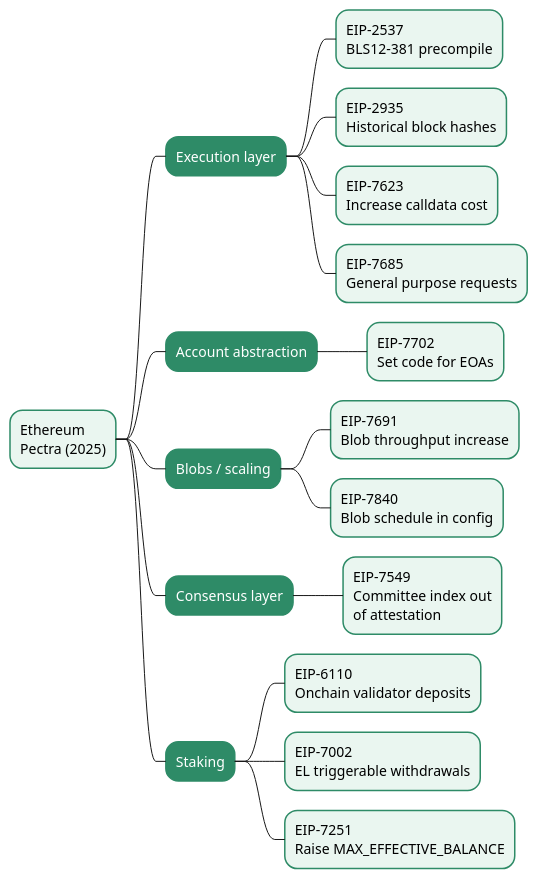
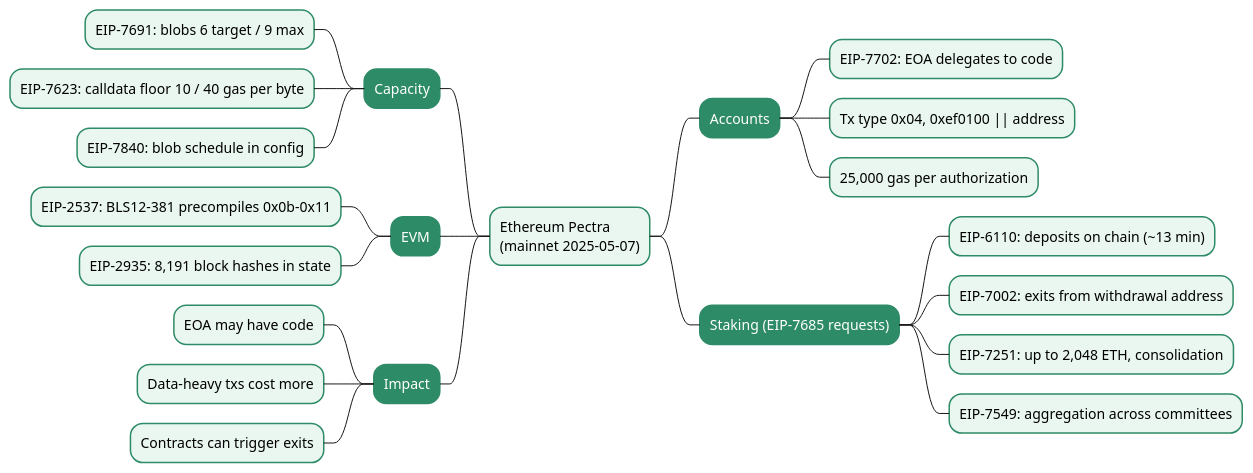
The diagram in assets/article/blockchain/ethereum/2025-05-02-ethereum-pectra-upgrade-mindmap.puml (rya-sge/access-denied), drawn with PlantUML before and after one commit. The commit also changed 16 other files, not shown here.

Commit message:
Add ethereum gas article

```diff
--- a/assets/article/blockchain/ethereum/2025-05-02-ethereum-pectra-upgrade-mindmap.puml
+++ b/assets/article/blockchain/ethereum/2025-05-02-ethereum-pectra-upgrade-mindmap.puml
@@ -1,31 +1,36 @@
 @startmindmap
 <style>
 mindmapDiagram {
   node {
     BackgroundColor #EAF6F0
     LineColor #2E8B67
   }
   :depth(1) {
     BackgroundColor #2E8B67
     FontColor white
   }
 }
 </style>
-* Ethereum\nPectra (2025)
-** Execution layer
-*** EIP-2537\nBLS12-381 precompile
-*** EIP-2935\nHistorical block hashes
-*** EIP-7623\nIncrease calldata cost
-*** EIP-7685\nGeneral purpose requests
-** Account abstraction
-*** EIP-7702\nSet code for EOAs
-** Blobs / scaling
-*** EIP-7691\nBlob throughput increase
-*** EIP-7840\nBlob schedule in config
-** Consensus layer
-*** EIP-7549\nCommittee index out\nof attestation
-** Staking
-*** EIP-6110\nOnchain validator deposits
-*** EIP-7002\nEL triggerable withdrawals
-*** EIP-7251\nRaise MAX_EFFECTIVE_BALANCE
+* Ethereum Pectra\n(mainnet 2025-05-07)
+** Accounts
+*** EIP-7702: EOA delegates to code
+*** Tx type 0x04, 0xef0100 || address
+*** 25,000 gas per authorization
+** Staking (EIP-7685 requests)
+*** EIP-6110: deposits on chain (~13 min)
+*** EIP-7002: exits from withdrawal address
+*** EIP-7251: up to 2,048 ETH, consolidation
+*** EIP-7549: aggregation across committees
+left side
+** Capacity
+*** EIP-7691: blobs 6 target / 9 max
+*** EIP-7623: calldata floor 10 / 40 gas per byte
+*** EIP-7840: blob schedule in config
+** EVM
+*** EIP-2537: BLS12-381 precompiles 0x0b-0x11
+*** EIP-2935: 8,191 block hashes in state
+** Impact
+*** EOA may have code
+*** Data-heavy txs cost more
+*** Contracts can trigger exits
 @endmindmap
```
